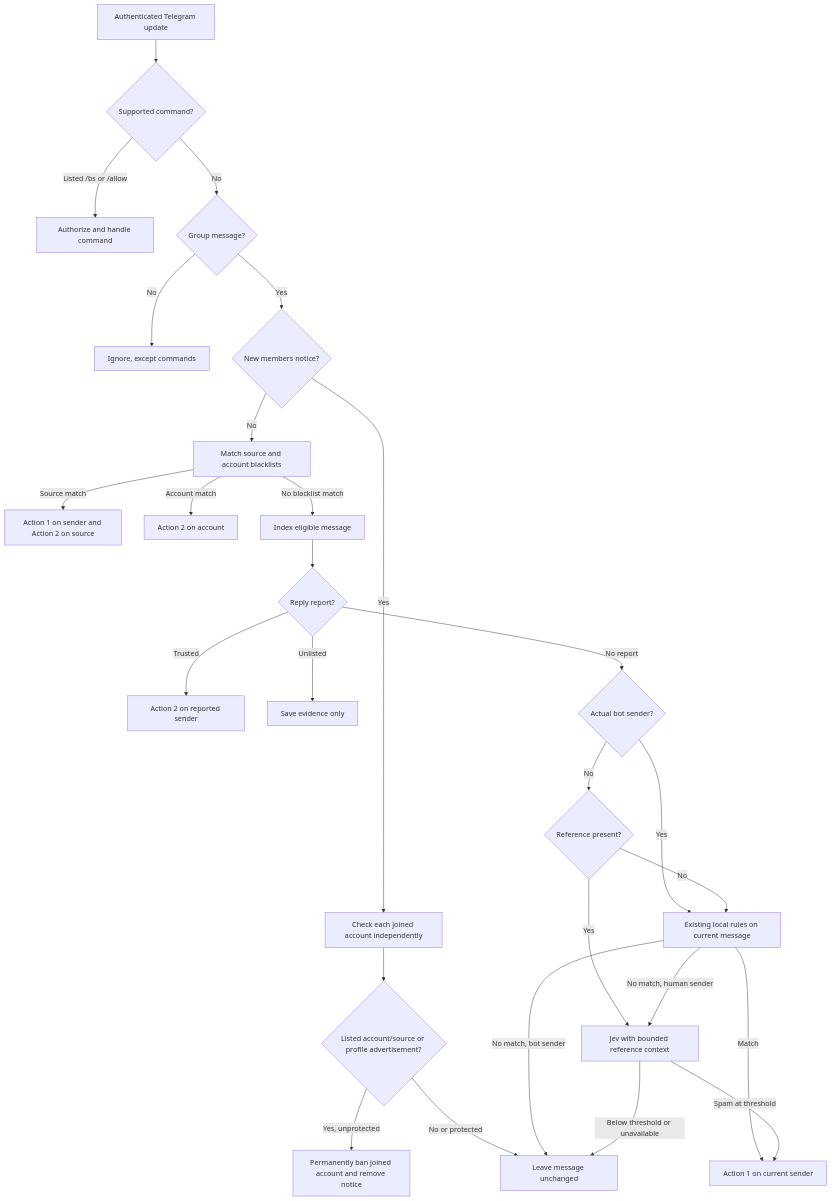
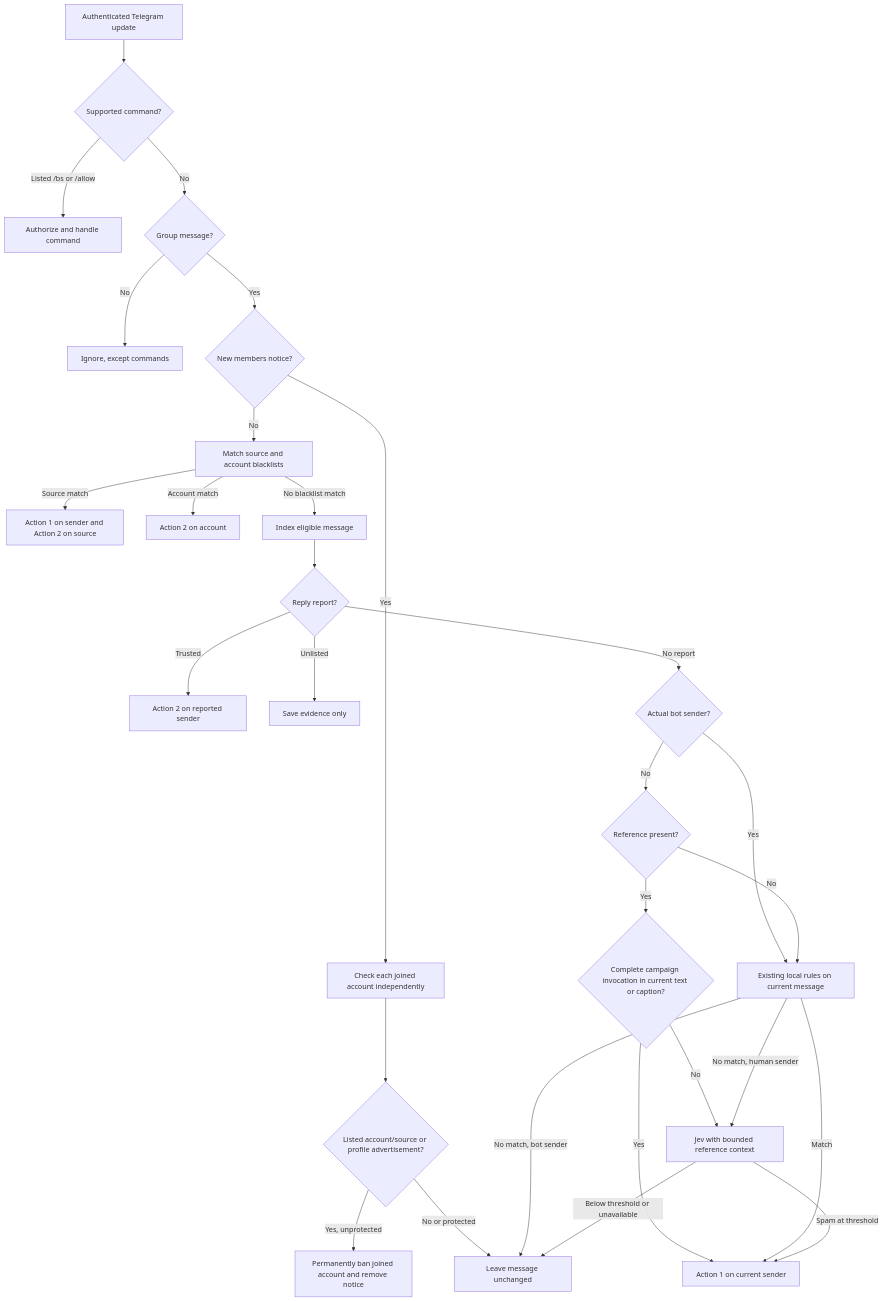
The first of 2 diagrams in docs/behavior.md (IceCodeNew/anti-fwd-spam), drawn with Mermaid before and after one commit. The commit also changed other lines of this file and 6 other files, not shown here.

First line of the commit message:
fix: intercept complete campaign invocations in replies

````diff
--- a/docs/behavior.md
+++ b/docs/behavior.md
@@ -31,29 +31,31 @@
 ```mermaid
 flowchart TD
     A[Authenticated Telegram update] --> B{Supported command?}
     B -->|Listed /bs or /allow| C[Authorize and handle command]
     B -->|No| D{Group message?}
     D -->|No| E[Ignore, except commands]
     D -->|Yes| S{New members notice?}
     S -->|Yes| T[Check each joined account independently]
     T --> U{Listed account/source or profile advertisement?}
     U -->|Yes, unprotected| V[Permanently ban joined account and remove notice]
     U -->|No or protected| Q[Leave member unchanged]
     S -->|No| F[Match source and account blacklists]
     F -->|Source match| G[Action 1 on sender and Action 2 on source]
     F -->|Account match| H[Action 2 on account]
     F -->|No blacklist match| I[Index eligible message]
     I --> J{Reply report?}
     J -->|Trusted| K[Action 2 on reported sender]
     J -->|Unlisted| L[Save evidence only]
     J -->|No report| R{Actual bot sender?}
     R -->|Yes| O[Existing local rules on current message]
     R -->|No| M{Reference present?}
-    M -->|Yes| N[Jev with bounded reference context]
+    M -->|Yes| W{Complete campaign invocation in current text or caption?}
+    W -->|Yes| P[Action 1 on current sender]
+    W -->|No| N[Jev with bounded reference context]
     M -->|No| O
     O -->|Match| P[Action 1 on current sender]
     O -->|No match, human sender| N
     O -->|No match, bot sender| Q[Leave message unchanged]
     N -->|Spam at threshold| P
     N -->|Below threshold or unavailable| Q[Leave message unchanged]
 ```
````
